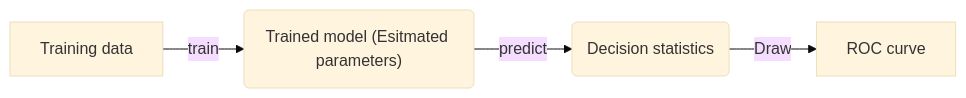
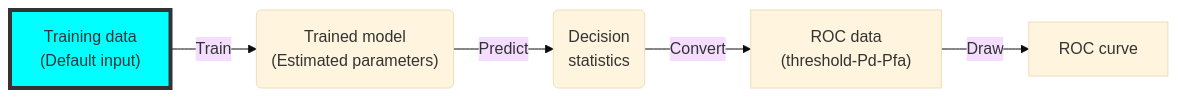
The diagram in README.md (zs144/ml-course-auto-grader), drawn with Mermaid (base theme) before and after one commit. The commit also changed other lines of this file, not shown here.

````diff
--- a/README.md
+++ b/README.md
@@ -15,6 +15,8 @@
 ```mermaid
 graph LR
-    A[Training data] -->|train| B("Trained model (Esitmated parameters)")
-    B -->|predict| C(Decision statistics)
-    C -->|Draw| D[ROC curve]
+    A["Training data\n(Default input)"] -->|Train| B("Trained model\n (Estimated parameters)")
+    B -->|Predict| C(Decision\n statistics)
+    C -->|Convert| D["ROC data\n (threshold-Pd-Pfa)"]
+    D -->|Draw| E[ROC curve]
+style A fill:#00FFFF,stroke:#333,stroke-width:4px
 ```
````
